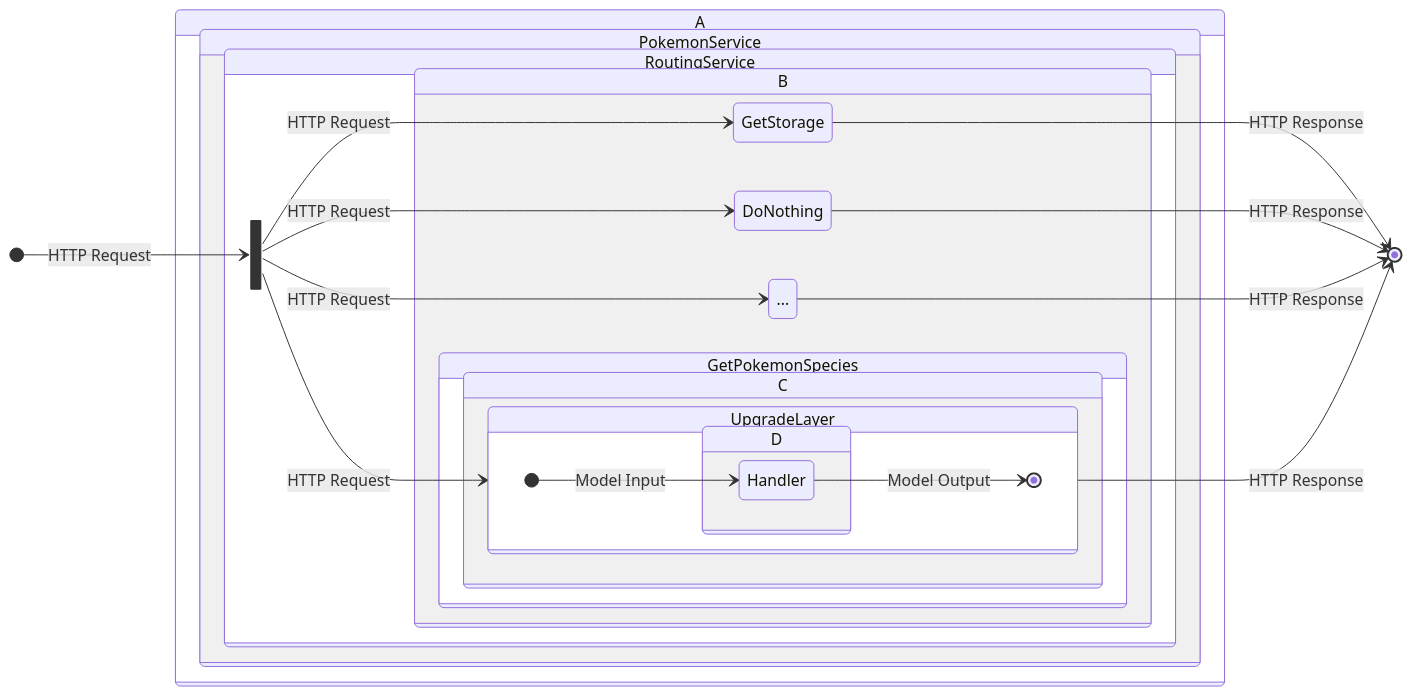
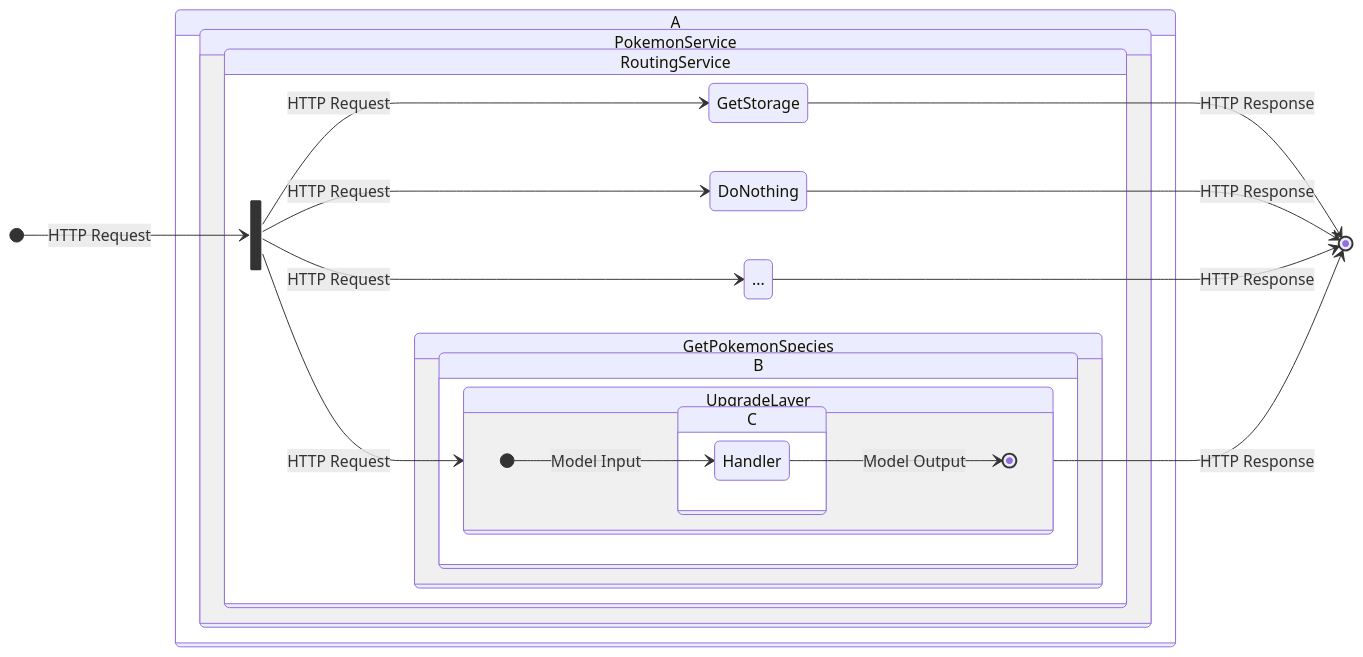
The diagram in design/src/server/middleware.md (smithy-lang/smithy-rs), drawn with Mermaid before and after one commit. The commit also changed other lines of this file, not shown here.

````diff
--- a/design/src/server/middleware.md
+++ b/design/src/server/middleware.md
@@ -88,41 +88,39 @@
 ```mermaid
 stateDiagram-v2
     state in <<fork>>
-    state "GetPokemonSpecies" as C1
-    state "GetStorage" as C2
-    state "DoNothing" as C3
-    state "..." as C4
+    state "GetPokemonSpecies" as B1
+    state "GetStorage" as B2
+    state "DoNothing" as B3
+    state "..." as B4
     direction LR
     [*] --> in : HTTP Request
     UpgradeLayer --> [*]: HTTP Response
     state A {
         state PokemonService {
             state RoutingService {
                 in --> UpgradeLayer: HTTP Request
-                in --> C2: HTTP Request
-                in --> C3: HTTP Request
-                in --> C4: HTTP Request
-                state B {
-                    state C1 {
-                        state C {
-                            state UpgradeLayer {
-                                direction LR
-                                [*] --> Handler: Model Input
-                                Handler --> [*] : Model Output
-                                state D {
-                                    Handler
-                                }
+                in --> B2: HTTP Request
+                in --> B3: HTTP Request
+                in --> B4: HTTP Request
+                state B1 {
+                    state B {
+                        state UpgradeLayer {
+                            direction LR
+                            [*] --> Handler: Model Input
+                            Handler --> [*] : Model Output
+                            state C {
+                                Handler
                             }
                         }
                     }
-                    C2
-                    C3
-                    C4
                 }
+                B2
+                B3
+                B4
             }
         }
     }
-    C2 --> [*]: HTTP Response
-    C3 --> [*]: HTTP Response
-    C4 --> [*]: HTTP Response
+    B2 --> [*]: HTTP Response
+    B3 --> [*]: HTTP Response
+    B4 --> [*]: HTTP Response
 ```
````
